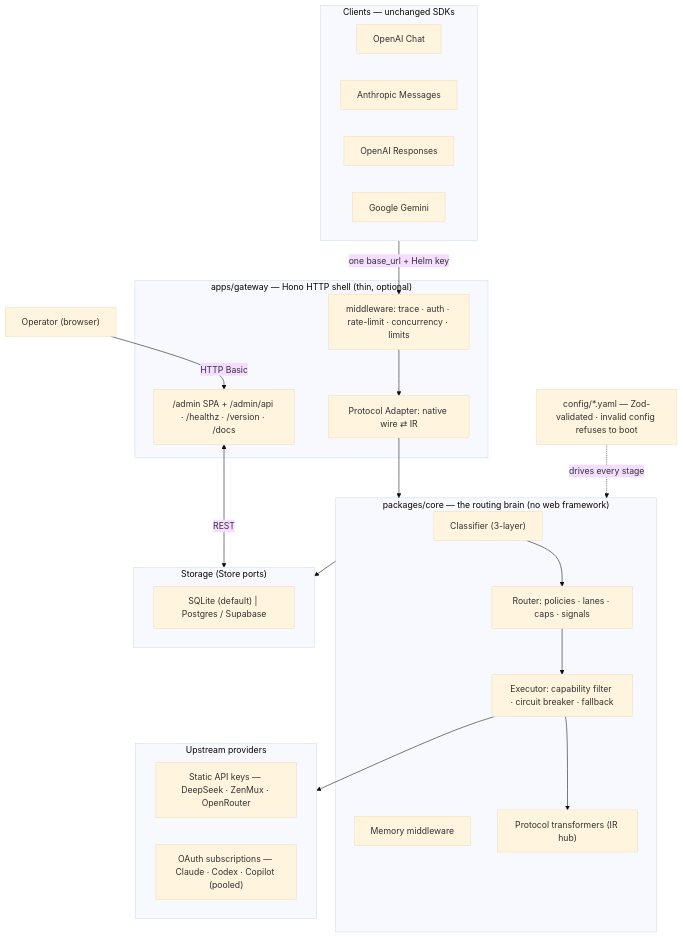
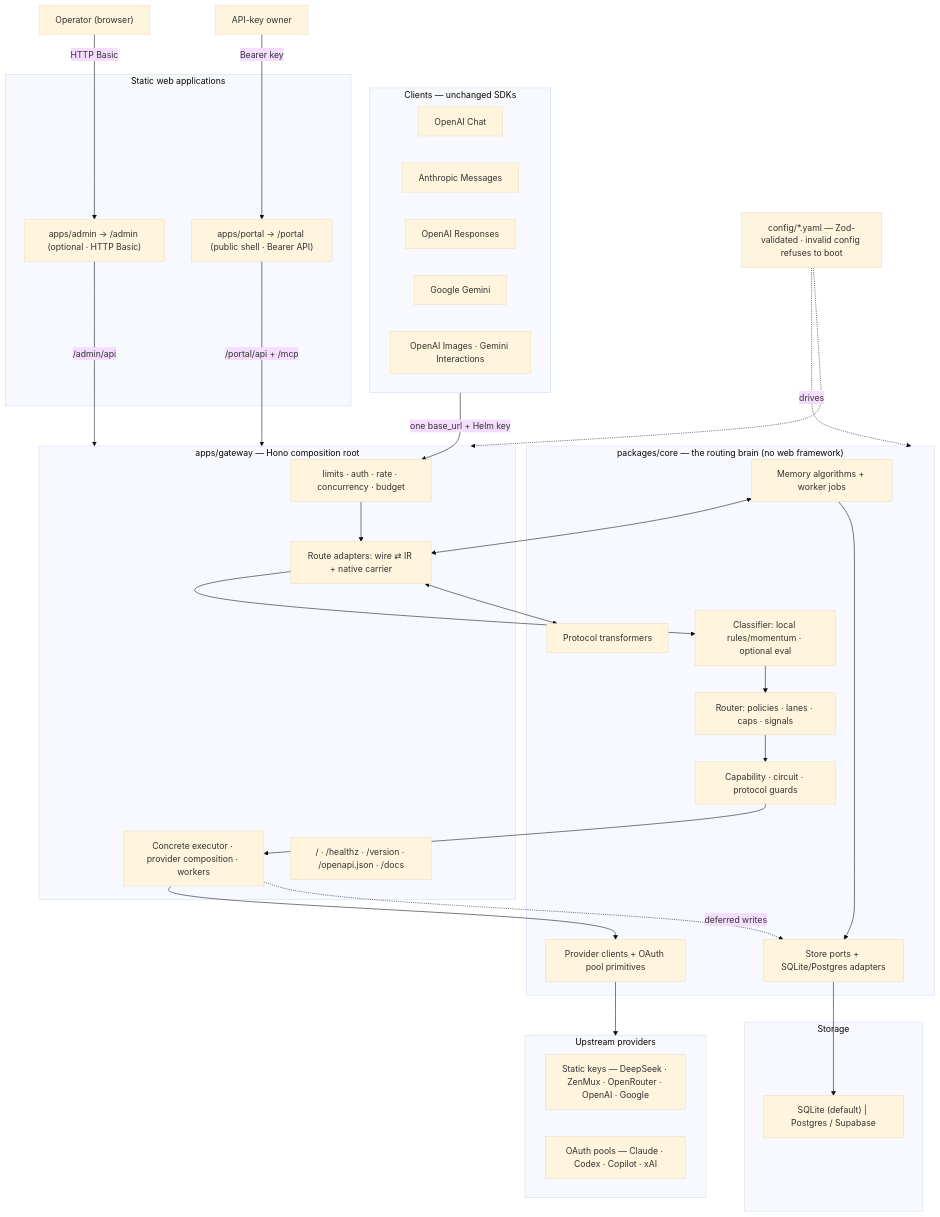
The first of 13 diagrams in docs/architecture.md (EasyMetaAu/helm-api), drawn with Mermaid (base theme) before and after one commit. The commit also changed other lines of this file and 30 other files, not shown here.

````diff
--- a/docs/architecture.md
+++ b/docs/architecture.md
@@ -19,43 +20,57 @@
 ```mermaid
 flowchart TB
     subgraph clients["Clients — unchanged SDKs"]
         C1["OpenAI Chat"]
         C2["Anthropic Messages"]
         C3["OpenAI Responses"]
         C4["Google Gemini"]
+        C5["OpenAI Images · Gemini Interactions"]
     end
 
-    subgraph gw["apps/gateway — Hono HTTP shell (thin, optional)"]
-        MW["middleware: trace · auth · rate-limit · concurrency · limits"]
-        AD["Protocol Adapter: native wire ⇄ IR"]
-        ADMIN["/admin SPA + /admin/api · /healthz · /version · /docs"]
+    subgraph gw["apps/gateway — Hono composition root"]
+        MW["limits · auth · rate · concurrency · budget"]
+        AD["Route adapters: wire ⇄ IR + native carrier"]
+        GX["Concrete executor · provider composition · workers"]
+        PUB["/ · /healthz · /version · /openapi.json · /docs"]
     end
 
     subgraph core["packages/core — the routing brain (no web framework)"]
-        CLS["Classifier (3-layer)"]
+        CLS["Classifier: local rules/momentum · optional eval"]
         RT["Router: policies · lanes · caps · signals"]
-        EX["Executor: capability filter · circuit breaker · fallback"]
-        MEM["Memory middleware"]
-        PR["Protocol transformers (IR hub)"]
+        GOV["Capability · circuit · protocol guards"]
+        MEM["Memory algorithms + worker jobs"]
+        PT["Protocol transformers"]
+        PC["Provider clients + OAuth pool primitives"]
+        ST["Store ports + SQLite/Postgres adapters"]
     end
 
     subgraph up["Upstream providers"]
-        SK["Static API keys — DeepSeek · ZenMux · OpenRouter"]
-        OA["OAuth subscriptions — Claude · Codex · Copilot (pooled)"]
+        SK["Static keys — DeepSeek · ZenMux · OpenRouter · OpenAI · Google"]
+        OA["OAuth pools — Claude · Codex · Copilot · xAI"]
     end
 
-    subgraph data["Storage (Store ports)"]
+    subgraph data["Storage"]
         DB["SQLite (default) | Postgres / Supabase"]
+    end
+
+    subgraph apps["Static web applications"]
+        ADMIN["apps/admin → /admin (optional · HTTP Basic)"]
+        PORTAL["apps/portal → /portal (public shell · Bearer API)"]
     end
 
     CFG["config/*.yaml — Zod-validated · invalid config refuses to boot"]
 
     clients -->|"one base_url + Helm key"| MW
-    MW --> AD --> core
-    CLS --> RT --> EX --> PR
-    EX --> up
-    core --> data
-    CFG -.drives every stage.-> core
-    ADMIN <-->|REST| data
+    MW --> AD --> CLS --> RT --> GOV --> GX
+    GX --> PC --> up
+    AD <--> PT
+    MEM <--> AD
+    GX -.->|"deferred writes"| ST
+    MEM --> ST --> DB
+    CFG -.->|"drives"| core
+    CFG -.-> gw
+    ADMIN -->|"/admin/api"| gw
+    PORTAL -->|"/portal/api + /mcp"| gw
     admin_user["Operator (browser)"] -->|HTTP Basic| ADMIN
+    key_user["API-key owner"] -->|Bearer key| PORTAL
 ```
````
